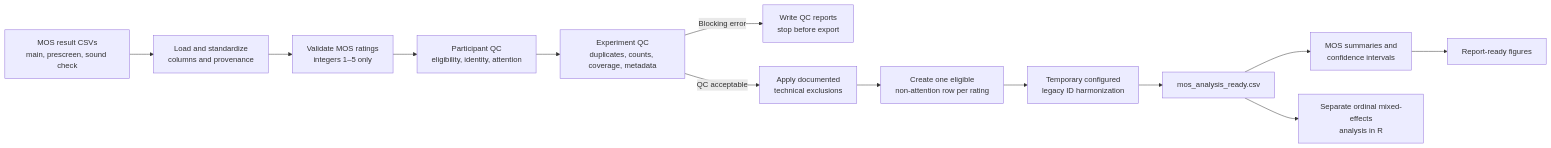
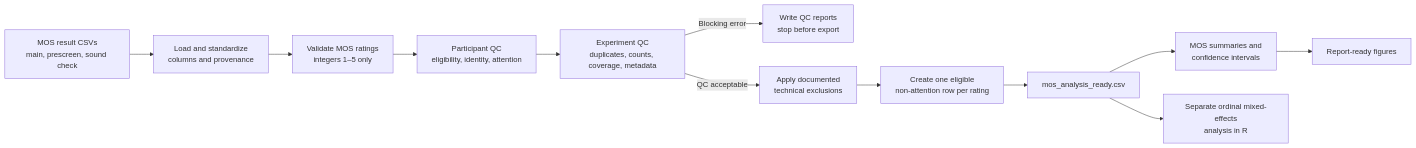
Before and after one commit to xi-yuan-gao/Subjective_human_evaluation_analysis: the second of 2 diagrams in README.md, drawn with Mermaid. The commit also changed other lines of this file and 68 other files, not shown here.

````diff
--- a/README.md
+++ b/README.md
@@ -57,15 +59,14 @@
 ```mermaid
 flowchart LR
     A[MOS result CSVs<br/>main, prescreen, sound check] --> B[Load and standardize<br/>columns and provenance]
     B --> C[Validate MOS ratings<br/>integers 1–5 only]
     C --> D[Participant QC<br/>eligibility, identity, attention]
     D --> E[Experiment QC<br/>duplicates, counts, coverage, metadata]
     E -->|Blocking error| F[Write QC reports<br/>stop before export]
     E -->|QC acceptable| G[Apply documented<br/>technical exclusions]
     G --> H[Create one eligible<br/>non-attention row per rating]
-    H --> I[Temporary configured<br/>legacy ID harmonization]
-    I --> J[mos_analysis_ready.csv]
+    H --> J[mos_analysis_ready.csv]
     J --> K[MOS summaries and<br/>confidence intervals]
     K --> L[Report-ready figures]
     J --> M[Separate ordinal mixed-effects<br/>analysis in R]
 ```
````
